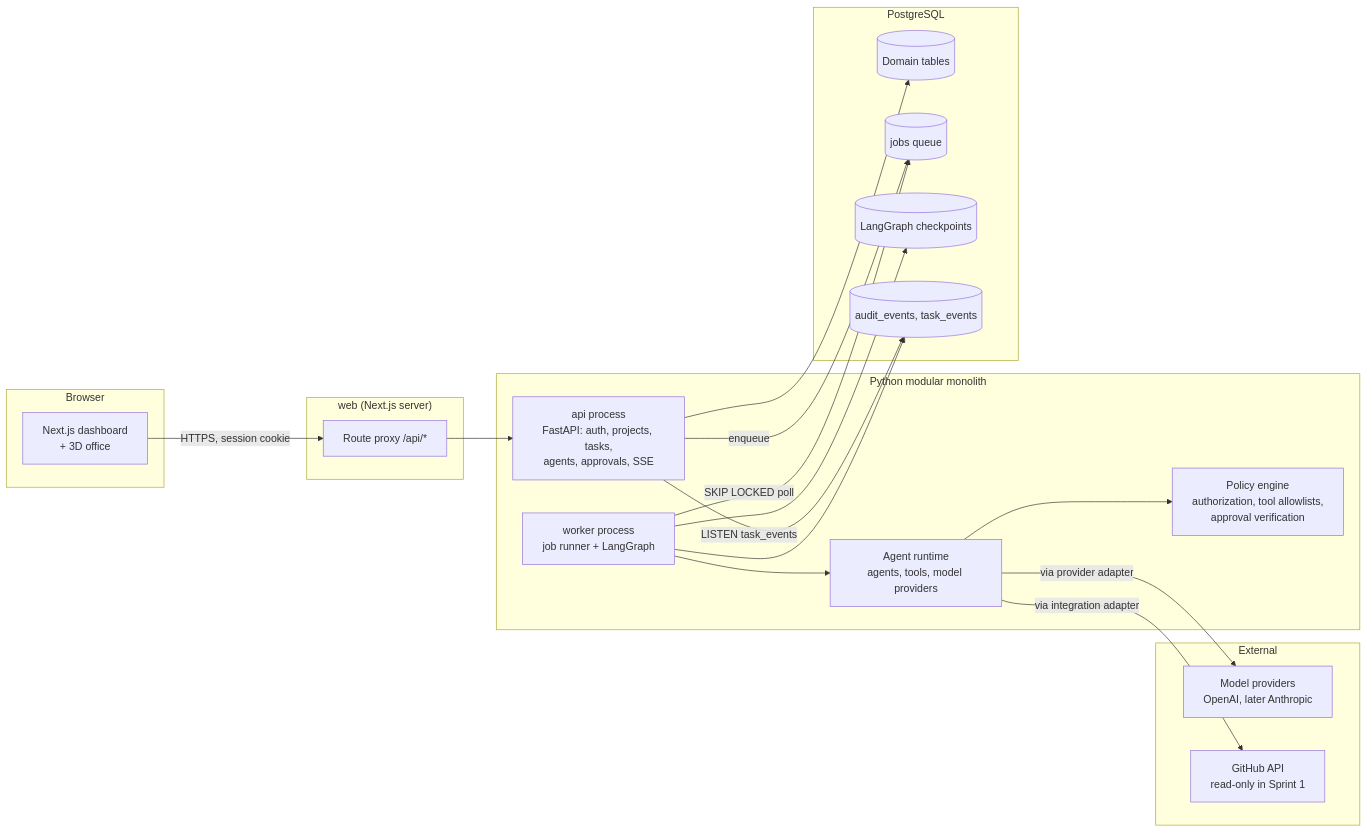
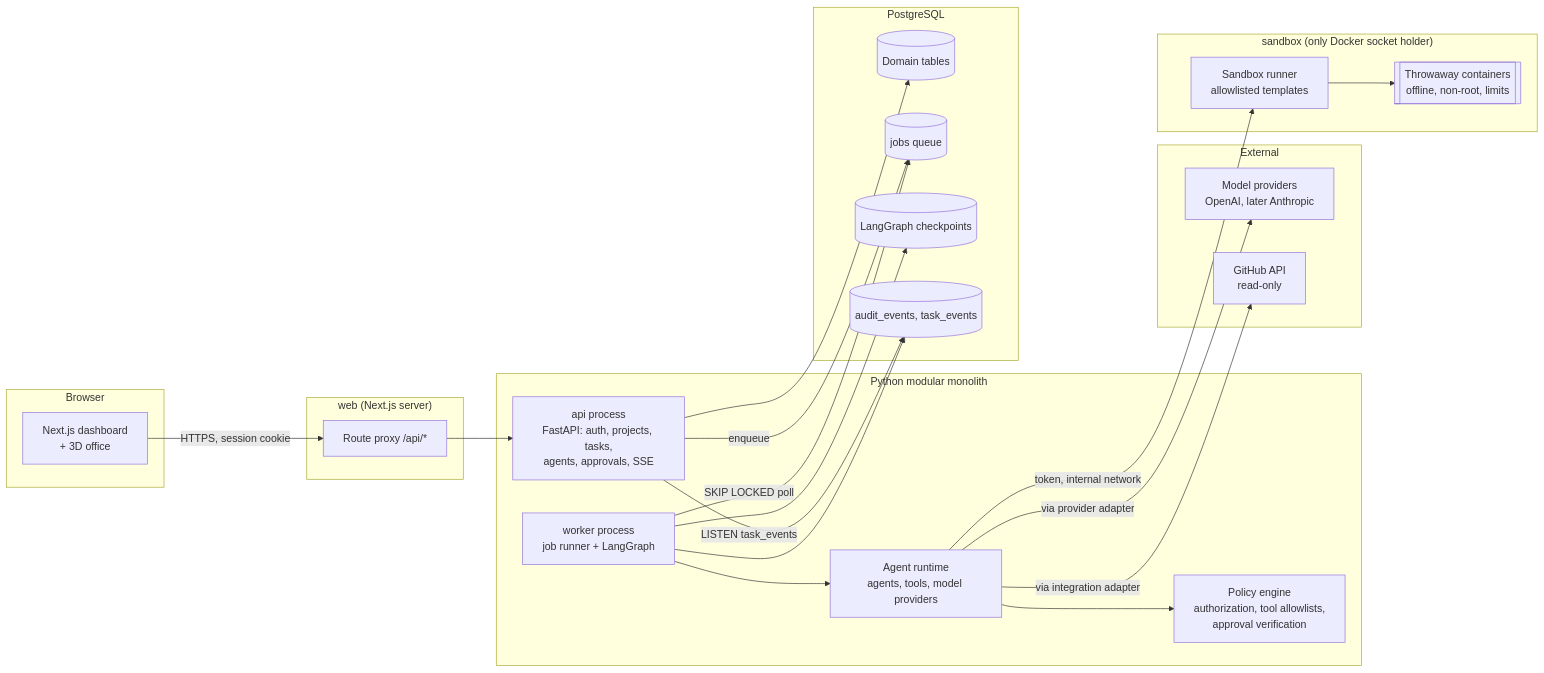
Before and after one commit to TavoA2/AgentHQPlatform: the first of 2 diagrams in docs/architecture/overview.md, drawn with Mermaid. The commit also changed 53 other files, not shown here.

````diff
--- a/docs/architecture/overview.md
+++ b/docs/architecture/overview.md
@@ -8,42 +8,49 @@
 ```mermaid
 flowchart LR
     subgraph Browser
         UI[Next.js dashboard<br/>+ 3D office]
     end
 
     subgraph Web["web (Next.js server)"]
         BFF[Route proxy /api/*]
     end
 
     subgraph Backend["Python modular monolith"]
         API[api process<br/>FastAPI: auth, projects, tasks,<br/>agents, approvals, SSE]
         WRK[worker process<br/>job runner + LangGraph]
         POL[Policy engine<br/>authorization, tool allowlists,<br/>approval verification]
         RT[Agent runtime<br/>agents, tools, model providers]
     end
 
     subgraph Data["PostgreSQL"]
         REL[(Domain tables)]
         JOB[(jobs queue)]
         CKP[(LangGraph checkpoints)]
         AUD[(audit_events, task_events)]
     end
 
     subgraph External
         LLM[Model providers<br/>OpenAI, later Anthropic]
-        GH[GitHub API<br/>read-only in Sprint 1]
+        GH[GitHub API<br/>read-only]
+    end
+
+    subgraph Sandbox["sandbox (only Docker socket holder)"]
+        SBX[Sandbox runner<br/>allowlisted templates]
+        CT[[Throwaway containers<br/>offline, non-root, limits]]
     end
 
     UI -- HTTPS, session cookie --> BFF
     BFF --> API
     API --> REL
     API -- enqueue --> JOB
     API -- LISTEN task_events --> AUD
     WRK -- SKIP LOCKED poll --> JOB
     WRK --> RT
     RT --> POL
     WRK --> CKP
     WRK --> AUD
     RT -- via provider adapter --> LLM
     RT -- via integration adapter --> GH
+    RT -- token, internal network --> SBX
+    SBX --> CT
 ```
````
